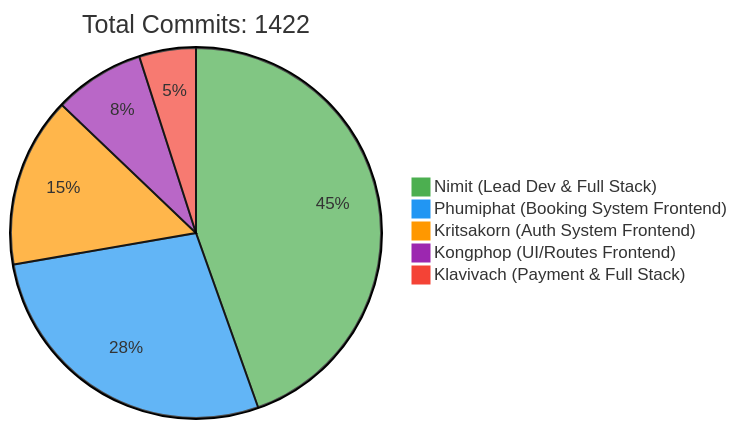
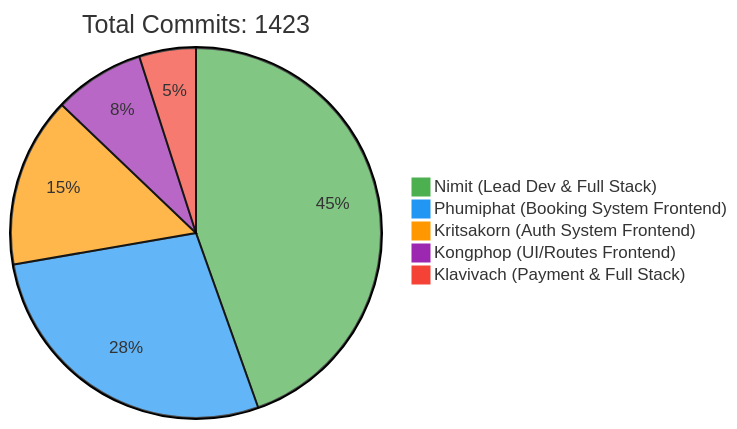
Before and after one commit to 6531503042/Sport-Complex: the first of 2 diagrams in README.md, drawn with Mermaid. The commit also changed other lines of this file, not shown here.

Commit message:
docs: Update contributor statistics [skip ci]

````diff
--- a/README.md
+++ b/README.md
@@ -257,10 +257,10 @@
 ```mermaid
 %%{init: {'theme': 'base', 'themeVariables': { 'pie1': '#4CAF50', 'pie2': '#2196F3', 'pie3': '#FF9800', 'pie4': '#9C27B0', 'pie5': '#F44336'}}}%%
 pie
-    title Total Commits: 1422
+    title Total Commits: 1423
     "Nimit (Lead Dev & Full Stack)" : 450
     "Phumiphat (Booking System Frontend)" : 280
     "Kritsakorn (Auth System Frontend)" : 150
     "Kongphop (UI/Routes Frontend)" : 80
     "Klavivach (Payment & Full Stack)" : 50
 ```
````
